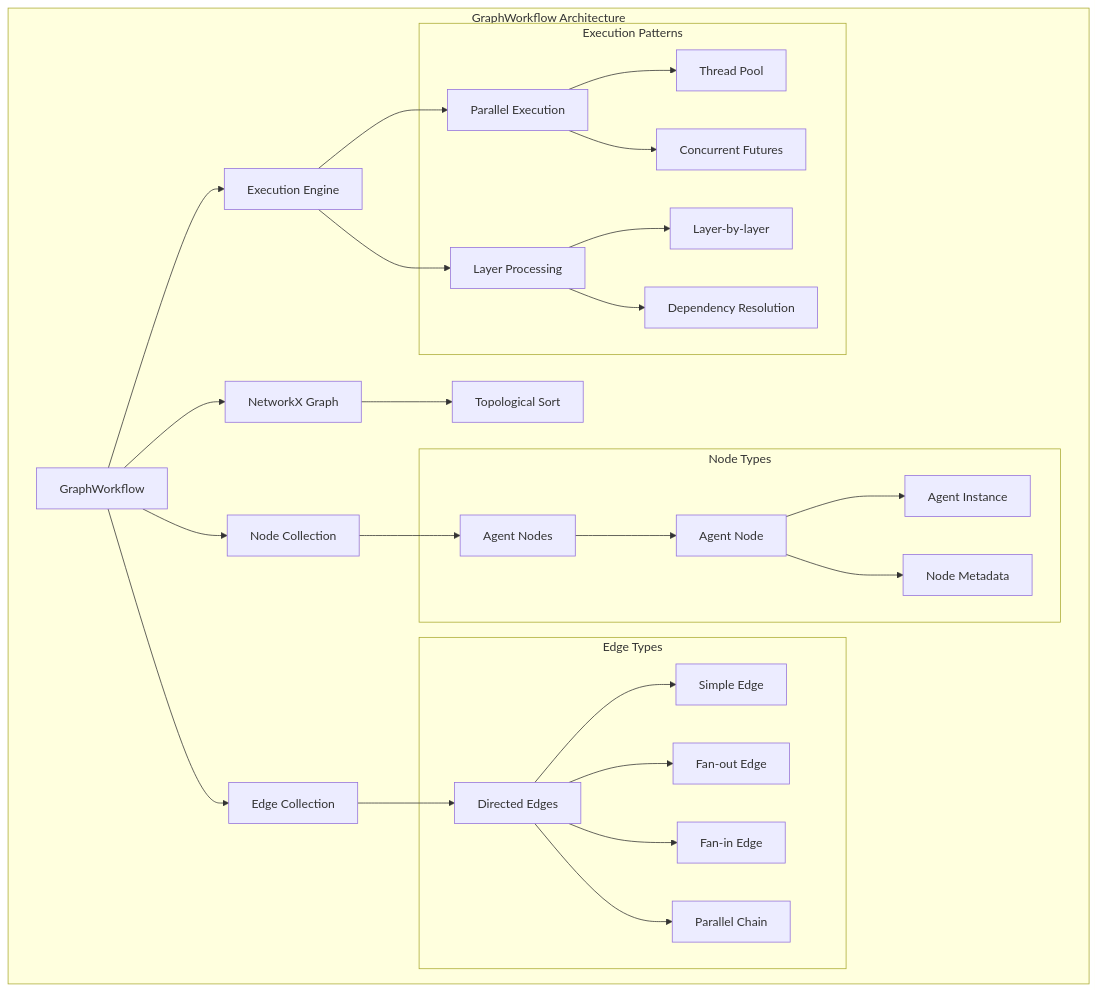
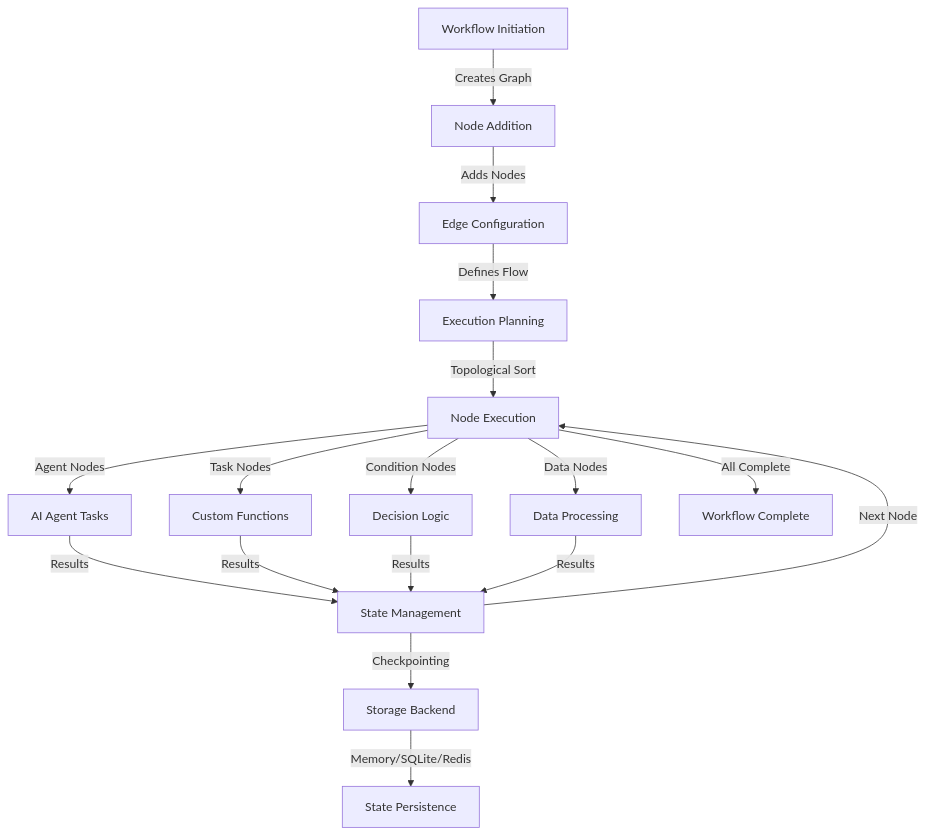
The diagram in docs/swarms/structs/graph_workflow.md (kyegomez/swarms), drawn with Mermaid before and after one commit. The commit also changed other lines of this file, not shown here.

````diff
--- a/docs/swarms/structs/graph_workflow.md
+++ b/docs/swarms/structs/graph_workflow.md
@@ -23,35 +22,19 @@
 ```mermaid
-graph TB
-    subgraph "GraphWorkflow Architecture"
-        A[GraphWorkflow] --> B[Node Collection]
-        A --> C[Edge Collection]
-        A --> D[NetworkX Graph]
-        A --> E[Execution Engine]
-        
-        B --> F[Agent Nodes]
-        C --> G[Directed Edges]
-        D --> H[Topological Sort]
-        E --> I[Parallel Execution]
-        E --> J[Layer Processing]
-        
-        subgraph "Node Types"
-            F --> K[Agent Node]
-            K --> L[Agent Instance]
-            K --> M[Node Metadata]
-        end
-        
-        subgraph "Edge Types"
-            G --> N[Simple Edge]
-            G --> O[Fan-out Edge]
-            G --> P[Fan-in Edge]
-            G --> Q[Parallel Chain]
-        end
-        
-        subgraph "Execution Patterns"
-            I --> R[Thread Pool]
-            I --> S[Concurrent Futures]
-            J --> T[Layer-by-layer]
-            J --> U[Dependency Resolution]
-        end
-    end
+graph TD
+    A[Workflow Initiation] -->|Creates Graph| B[Node Addition]
+    B -->|Adds Nodes| C[Edge Configuration]
+    C -->|Defines Flow| D[Execution Planning]
+    D -->|Topological Sort| E[Node Execution]
+    E -->|Agent Nodes| F[AI Agent Tasks]
+    E -->|Task Nodes| G[Custom Functions]
+    E -->|Condition Nodes| H[Decision Logic]
+    E -->|Data Nodes| I[Data Processing]
+    F -->|Results| J[State Management]
+    G -->|Results| J
+    H -->|Results| J
+    I -->|Results| J
+    J -->|Checkpointing| K[Storage Backend]
+    K -->|Memory/SQLite/Redis| L[State Persistence]
+    J -->|Next Node| E
+    E -->|All Complete| M[Workflow Complete]
 ```
````
